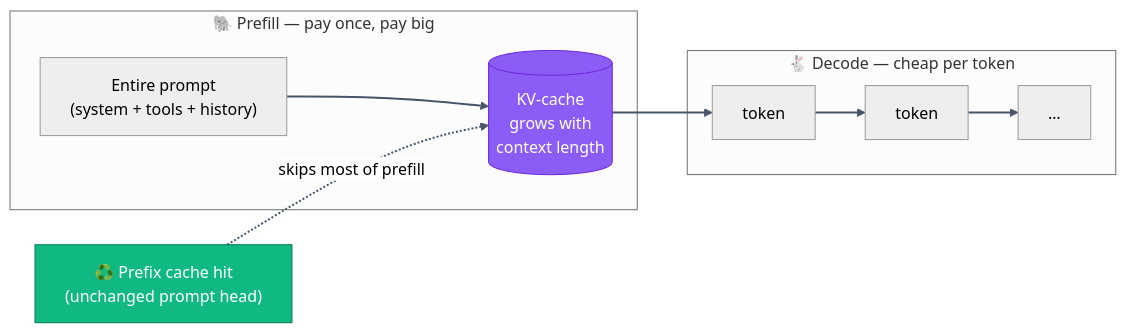
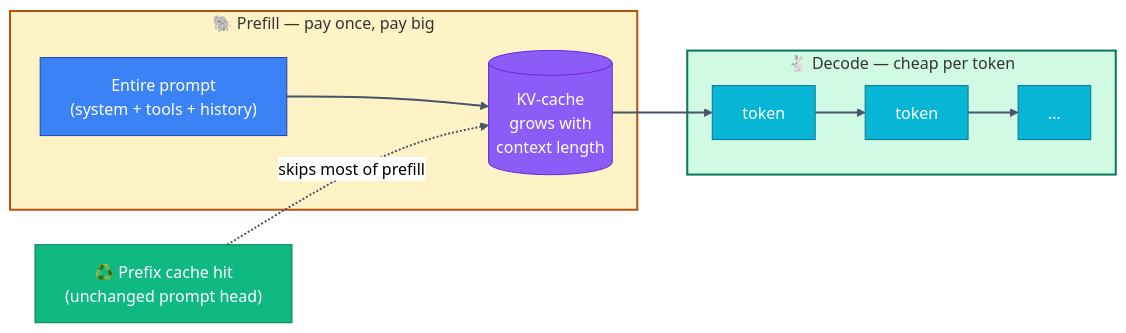
One commit to mrsachindixit/agentixit changed diagram 20 of 25 in README.md. Above: the diagram before and after it, drawn with Mermaid (neutral theme). The commit also changed other lines of this file and 27 other files, not shown here.

Commit message:
updated diagrams

````diff
--- a/README.md
+++ b/README.md
@@ -1421,14 +1171,20 @@
 ```mermaid
 graph LR
     subgraph PREFILL["🐘 Prefill — pay once, pay big"]
         P["Entire prompt\n(system + tools + history)"] --> KV[("KV-cache\ngrows with\ncontext length")]
     end
     subgraph DECODE["🐇 Decode — cheap per token"]
         KV --> T1["token"] --> T2["token"] --> T3["…"]
     end
     PC["♻️ Prefix cache hit\n(unchanged prompt head)"] -.->|skips most of prefill| KV
 
+    style P fill:#3B82F6,stroke:#1E40AF,color:#fff
+    style T1 fill:#06B6D4,stroke:#0E7490,color:#fff
+    style T2 fill:#06B6D4,stroke:#0E7490,color:#fff
+    style T3 fill:#06B6D4,stroke:#0E7490,color:#fff
+    style PREFILL fill:#FEF3C7,stroke:#B45309,stroke-width:2px
+    style DECODE fill:#D1FAE5,stroke:#047857,stroke-width:2px
     style KV fill:#8B5CF6,stroke:#6D28D9,color:#fff
     style PC fill:#10B981,stroke:#047857,color:#fff
     linkStyle default stroke:#475569,stroke-width:2px
 ```
````
